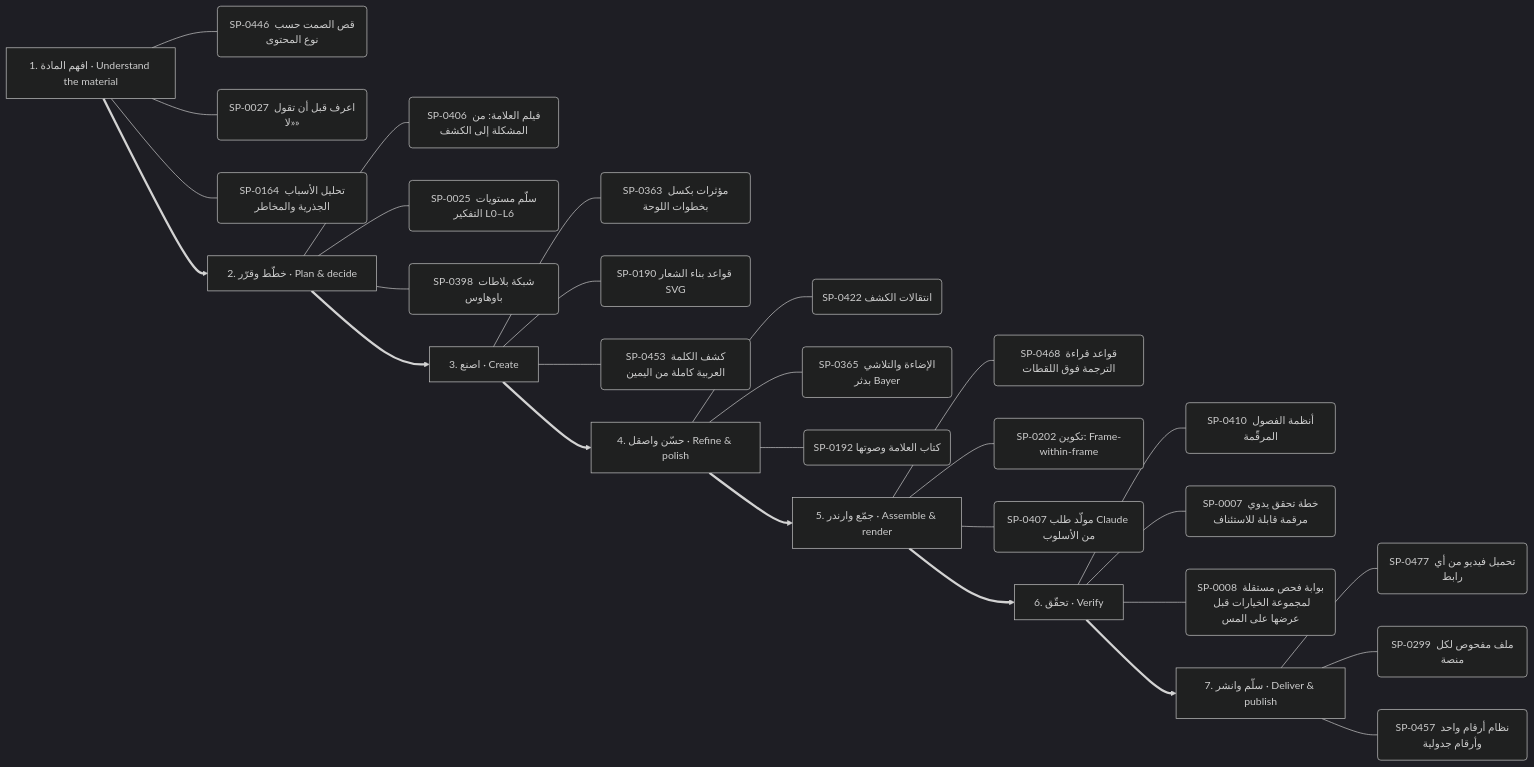
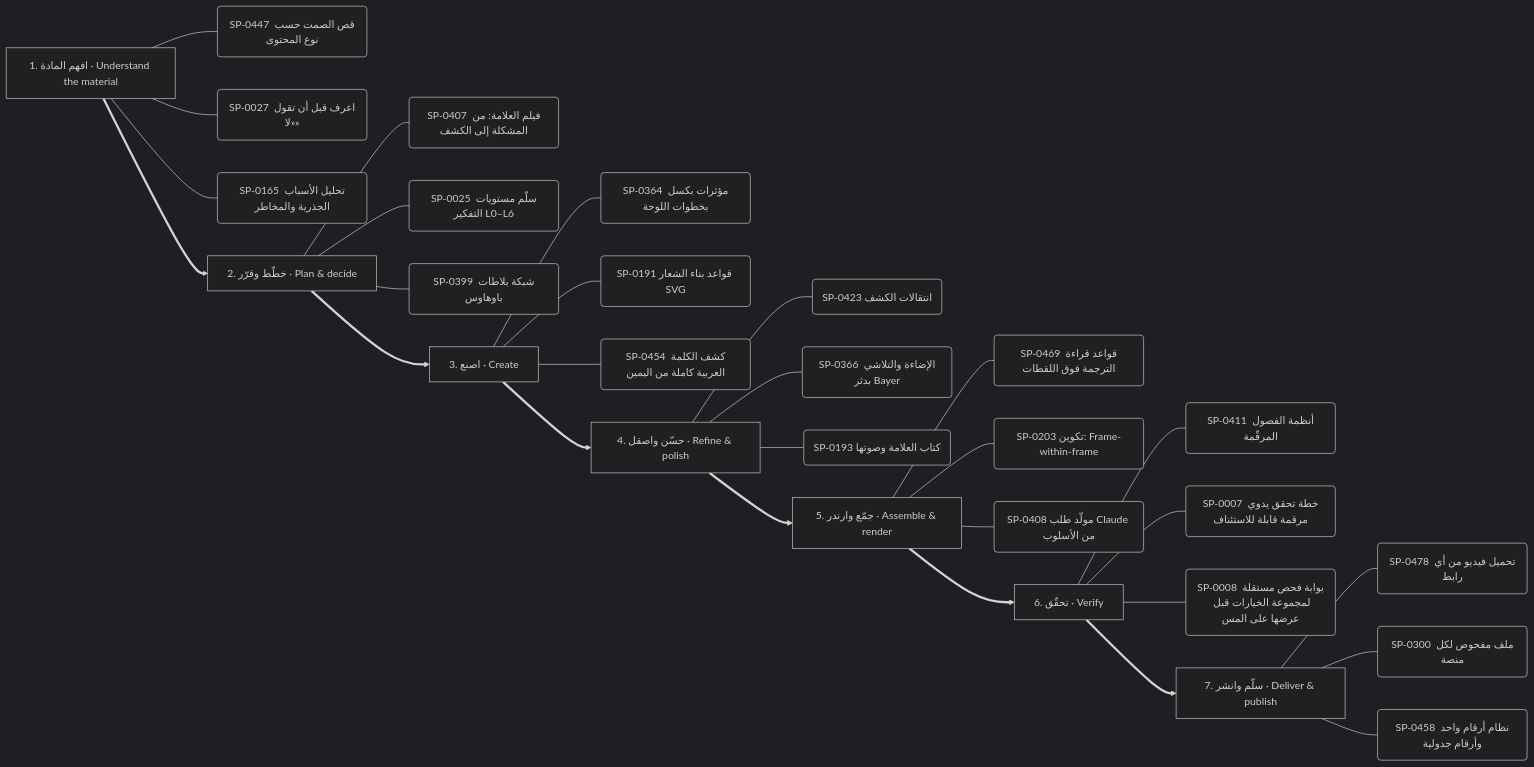
One commit to kosif199022-jpg/kosif-tool changed the sixth of 13 diagrams in .claude/skills/kosif-superpowers/references/capability-mindmap.md. Above: the diagram before and after it, drawn with Mermaid (dark theme). The commit also changed other lines of this file and 57 other files, not shown here.

````diff
--- a/.claude/skills/kosif-superpowers/references/capability-mindmap.md
+++ b/.claude/skills/kosif-superpowers/references/capability-mindmap.md
@@ -318,37 +318,37 @@
 ```mermaid
 flowchart LR
   S0["1. افهم المادة · Understand the material"]
-  S0 --- S0_0("SP-0446 قص الصمت حسب نوع المحتوى")
+  S0 --- S0_0("SP-0447 قص الصمت حسب نوع المحتوى")
   S0 --- S0_1("SP-0027 اعرف قبل أن تقول «لا»")
-  S0 --- S0_2("SP-0164 تحليل الأسباب الجذرية والمخاطر")
+  S0 --- S0_2("SP-0165 تحليل الأسباب الجذرية والمخاطر")
   S1["2. خطّط وقرّر · Plan & decide"]
-  S1 --- S1_0("SP-0406 فيلم العلامة: من المشكلة إلى الكشف")
+  S1 --- S1_0("SP-0407 فيلم العلامة: من المشكلة إلى الكشف")
   S1 --- S1_1("SP-0025 سلّم مستويات التفكير L0–L6")
-  S1 --- S1_2("SP-0398 شبكة بلاطات باوهاوس")
+  S1 --- S1_2("SP-0399 شبكة بلاطات باوهاوس")
   S0 ==> S1
   S2["3. اصنع · Create"]
-  S2 --- S2_0("SP-0363 مؤثرات بكسل بخطوات اللوحة")
-  S2 --- S2_1("SP-0190 قواعد بناء الشعار SVG")
-  S2 --- S2_2("SP-0453 كشف الكلمة العربية كاملة من اليمين")
+  S2 --- S2_0("SP-0364 مؤثرات بكسل بخطوات اللوحة")
+  S2 --- S2_1("SP-0191 قواعد بناء الشعار SVG")
+  S2 --- S2_2("SP-0454 كشف الكلمة العربية كاملة من اليمين")
   S1 ==> S2
   S3["4. حسّن واصقل · Refine & polish"]
-  S3 --- S3_0("SP-0422 انتقالات الكشف")
-  S3 --- S3_1("SP-0365 الإضاءة والتلاشي بدثر Bayer")
-  S3 --- S3_2("SP-0192 كتاب العلامة وصوتها")
+  S3 --- S3_0("SP-0423 انتقالات الكشف")
+  S3 --- S3_1("SP-0366 الإضاءة والتلاشي بدثر Bayer")
+  S3 --- S3_2("SP-0193 كتاب العلامة وصوتها")
   S2 ==> S3
   S4["5. جمّع وارندر · Assemble & render"]
-  S4 --- S4_0("SP-0468 قواعد قراءة الترجمة فوق اللقطات")
-  S4 --- S4_1("SP-0202 تكوين: Frame-within-frame")
-  S4 --- S4_2("SP-0407 مولّد طلب Claude من الأسلوب")
+  S4 --- S4_0("SP-0469 قواعد قراءة الترجمة فوق اللقطات")
+  S4 --- S4_1("SP-0203 تكوين: Frame-within-frame")
+  S4 --- S4_2("SP-0408 مولّد طلب Claude من الأسلوب")
   S3 ==> S4
   S5["6. تحقّق · Verify"]
-  S5 --- S5_0("SP-0410 أنظمة الفصول المرقّمة")
+  S5 --- S5_0("SP-0411 أنظمة الفصول المرقّمة")
   S5 --- S5_1("SP-0007 خطة تحقق يدوي مرقمة قابلة للاستئناف")
   S5 --- S5_2("SP-0008 بوابة فحص مستقلة لمجموعة الخيارات قبل عرضها على المس")
   S4 ==> S5
   S6["7. سلّم وانشر · Deliver & publish"]
-  S6 --- S6_0("SP-0477 تحميل فيديو من أي رابط")
-  S6 --- S6_1("SP-0299 ملف مفحوص لكل منصة")
-  S6 --- S6_2("SP-0457 نظام أرقام واحد وأرقام جدولية")
+  S6 --- S6_0("SP-0478 تحميل فيديو من أي رابط")
+  S6 --- S6_1("SP-0300 ملف مفحوص لكل منصة")
+  S6 --- S6_2("SP-0458 نظام أرقام واحد وأرقام جدولية")
   S5 ==> S6
 ```
````
